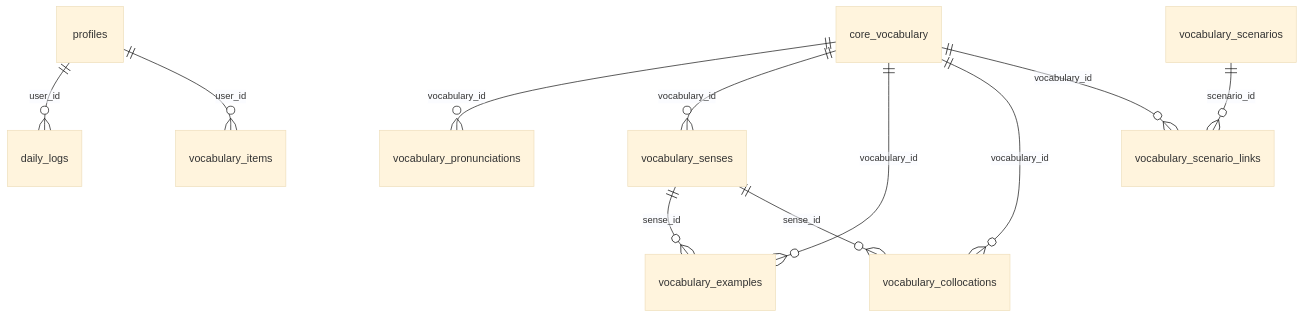
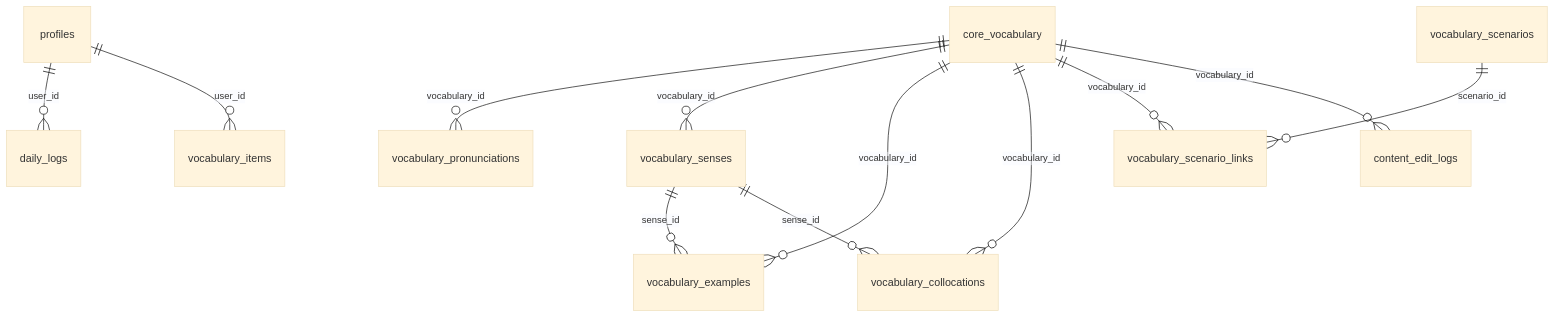
One commit to ifcalm/language changed the diagram in docs/database-schema.md. Above: the diagram before and after it, drawn with Mermaid (base theme). The commit also changed other lines of this file and 5 other files, not shown here.

````diff
--- a/docs/database-schema.md
+++ b/docs/database-schema.md
@@ -24,15 +25,16 @@
 ```mermaid
 erDiagram
   profiles ||--o{ daily_logs : "user_id"
   profiles ||--o{ vocabulary_items : "user_id"
 
   core_vocabulary ||--o{ vocabulary_pronunciations : "vocabulary_id"
   core_vocabulary ||--o{ vocabulary_senses : "vocabulary_id"
   core_vocabulary ||--o{ vocabulary_examples : "vocabulary_id"
   core_vocabulary ||--o{ vocabulary_collocations : "vocabulary_id"
   core_vocabulary ||--o{ vocabulary_scenario_links : "vocabulary_id"
+  core_vocabulary ||--o{ content_edit_logs : "vocabulary_id"
 
   vocabulary_senses ||--o{ vocabulary_examples : "sense_id"
   vocabulary_senses ||--o{ vocabulary_collocations : "sense_id"
   vocabulary_scenarios ||--o{ vocabulary_scenario_links : "scenario_id"
 ```
````
